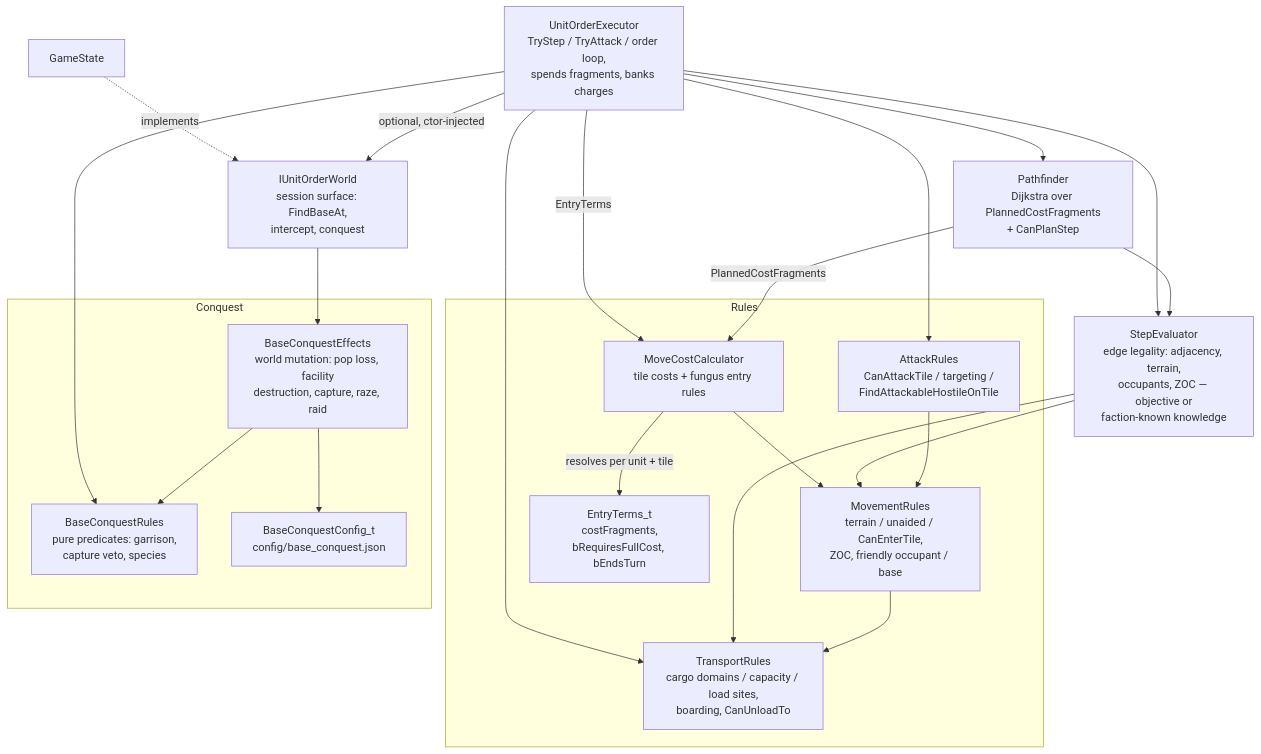
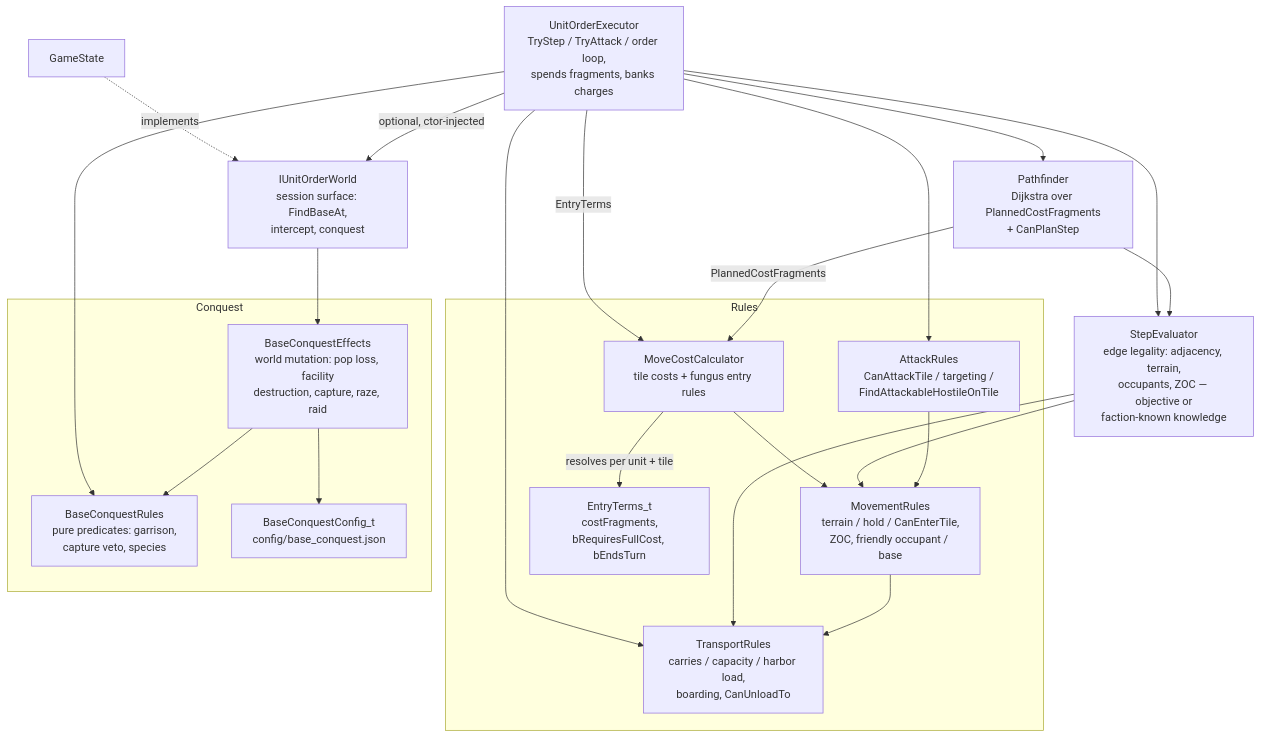
Before and after one commit to kilianloftis/alpha-centauri: the diagram in docs/architecture/unit-movement-system.md, drawn with Mermaid. The commit also changed other lines of this file and 39 other files, not shown here.

````diff
--- a/docs/architecture/unit-movement-system.md
+++ b/docs/architecture/unit-movement-system.md
@@ -9,42 +9,42 @@
 ```mermaid
 graph TD
     subgraph Rules
-        MovementRules[MovementRules<br/>terrain / unaided / CanEnterTile,<br/>ZOC, friendly occupant / base]
-        TransportRules[TransportRules<br/>cargo domains / capacity / load sites,<br/>boarding, CanUnloadTo]
+        MovementRules[MovementRules<br/>terrain / hold / CanEnterTile,<br/>ZOC, friendly occupant / base]
+        TransportRules[TransportRules<br/>carries / capacity / harbor load,<br/>boarding, CanUnloadTo]
         MoveCostCalculator[MoveCostCalculator<br/>tile costs + fungus entry rules]
         EntryTerms[EntryTerms_t<br/>costFragments,<br/>bRequiresFullCost, bEndsTurn]
         MoveCostCalculator -->|resolves per unit + tile| EntryTerms
         MovementRules --> TransportRules
         AttackRules[AttackRules<br/>CanAttackTile / targeting /<br/>FindAttackableHostileOnTile]
         AttackRules --> MovementRules
     end
 
     subgraph Conquest
         BaseConquestRules[BaseConquestRules<br/>pure predicates: garrison,<br/>capture veto, species]
         BaseConquestEffects[BaseConquestEffects<br/>world mutation: pop loss, facility<br/>destruction, capture, raze, raid]
         BaseConquestConfig[BaseConquestConfig_t<br/>config/base_conquest.json]
         BaseConquestEffects --> BaseConquestRules
         BaseConquestEffects --> BaseConquestConfig
     end
 
     StepEvaluator[StepEvaluator<br/>edge legality: adjacency, terrain,<br/>occupants, ZOC — objective or<br/>faction-known knowledge]
     Pathfinder[Pathfinder<br/>Dijkstra over PlannedCostFragments<br/>+ CanPlanStep]
     UnitOrderExecutor[UnitOrderExecutor<br/>TryStep / TryAttack / order loop,<br/>spends fragments, banks charges]
     UnitOrderExecutor --> AttackRules
     IUnitOrderWorld[IUnitOrderWorld<br/>session surface: FindBaseAt,<br/>intercept, conquest]
     GameState[GameState]
 
     StepEvaluator --> MovementRules
     StepEvaluator --> TransportRules
     MoveCostCalculator --> MovementRules
     Pathfinder --> StepEvaluator
     Pathfinder -->|PlannedCostFragments| MoveCostCalculator
     UnitOrderExecutor -->|EntryTerms| MoveCostCalculator
     UnitOrderExecutor --> StepEvaluator
     UnitOrderExecutor --> Pathfinder
     UnitOrderExecutor --> TransportRules
     UnitOrderExecutor --> BaseConquestRules
     UnitOrderExecutor -->|optional, ctor-injected| IUnitOrderWorld
     GameState -.->|implements| IUnitOrderWorld
     IUnitOrderWorld --> BaseConquestEffects
 ```
````
